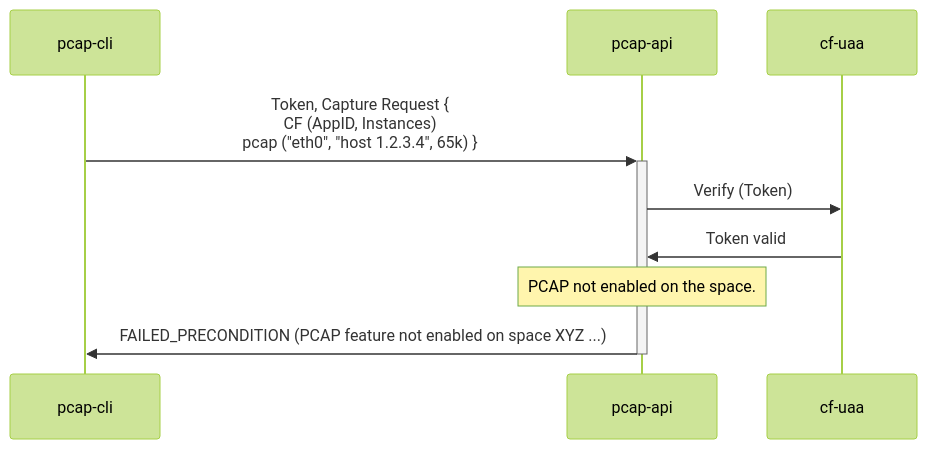
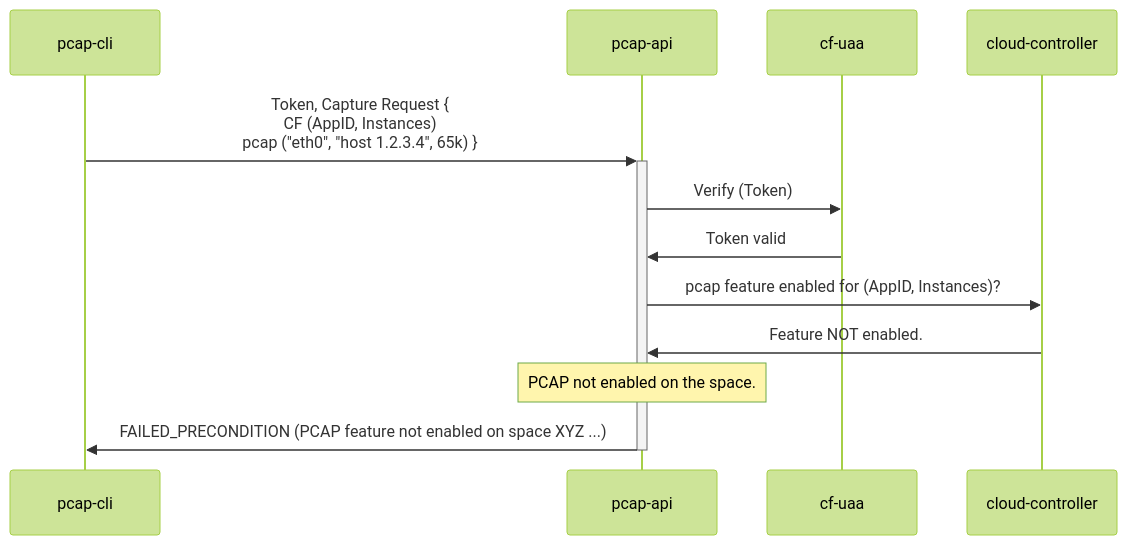
Before and after one commit to cloudfoundry/pcap-release: diagram 14 of 21 in docs/api-communication-spec.md, drawn with Mermaid (forest theme). The commit also changed other lines of this file, not shown here.

Commit message:
docs(api): Address review comments

````diff
--- a/docs/api-communication-spec.md
+++ b/docs/api-communication-spec.md
@@ -672,9 +794,11 @@
 ```mermaid
 sequenceDiagram
     pcap-cli ->>+ pcap-api: Token, Capture Request {<br/>CF (AppID, Instances)<br/>pcap ("eth0", "host 1.2.3.4", 65k) }
     pcap-api ->> cf-uaa: Verify (Token)
     cf-uaa ->> pcap-api: Token valid
+    pcap-api ->> cloud-controller: pcap feature enabled for (AppID, Instances)?
+    cloud-controller ->> pcap-api: Feature NOT enabled.
     note over pcap-api: PCAP not enabled on the space.
     
     pcap-api ->>- pcap-cli: FAILED_PRECONDITION (PCAP feature not enabled on space XYZ ...)
 ```
````
